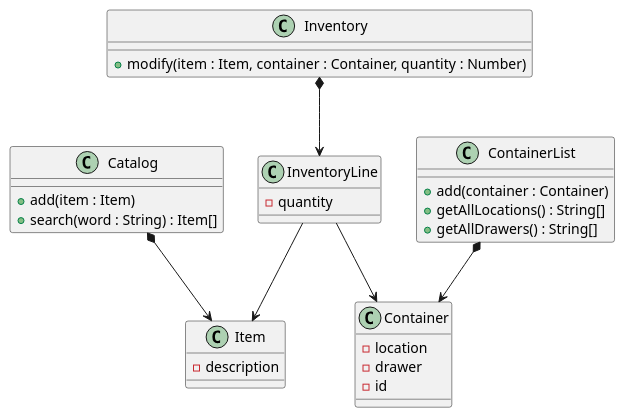
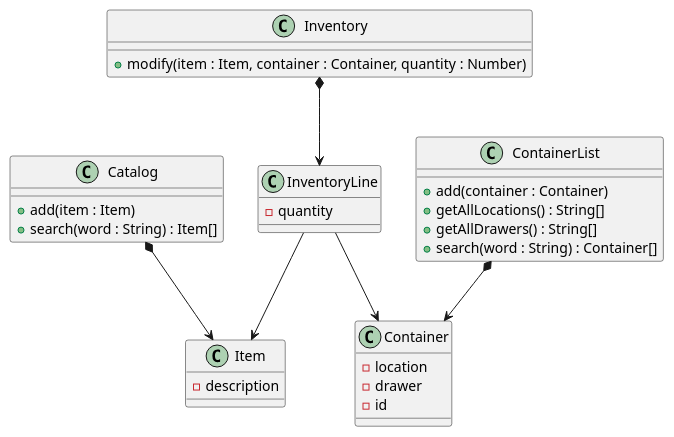
Before and after one commit to IEPSCF-Uccle-PROJWEB2-S1-2021/fablab-components: the diagram in docs/classes.puml, drawn with PlantUML. The commit also changed 10 other files, not shown here.

```diff
--- a/docs/classes.puml
+++ b/docs/classes.puml
@@ -1,31 +1,32 @@
 @startuml classes
 class Catalog {
   + add(item : Item)
   + search(word : String) : Item[]
 }
 class Item {
   -description
 }
 class ContainerList {
   + add(container : Container)
   + getAllLocations() : String[]
   + getAllDrawers() : String[]
+  + search(word : String) : Container[]
 }
 class Container {
   -location
   -drawer
   -id
 }
 class Inventory {
   + modify(item : Item, container : Container, quantity : Number)
 }
 class InventoryLine {
   -quantity
 }
 
 Catalog *--> Item
 ContainerList *--> Container
 Inventory *--> InventoryLine
 InventoryLine --> Container
 InventoryLine --> Item
 @enduml
```
